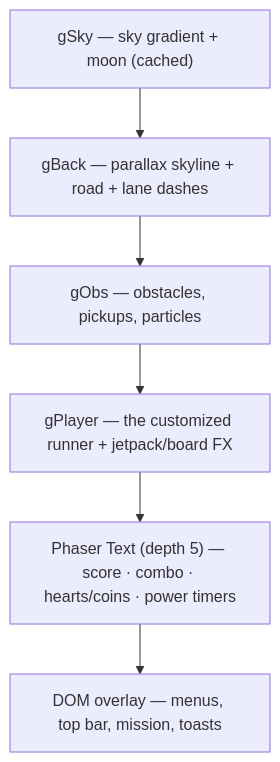
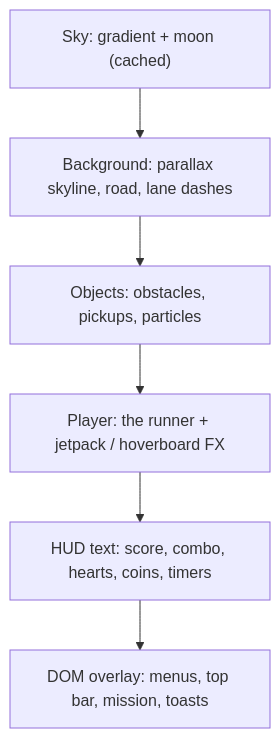
The third of 7 diagrams in ARCHITECTURE.md (Kevin-Edwards57/avenue-run), drawn with Mermaid before and after one commit. The commit also changed other lines of this file and 3 other files, not shown here.

Commit message:
docs: rewrite README and system architecture; stop tracking local tooling

````diff
--- a/ARCHITECTURE.md
+++ b/ARCHITECTURE.md
@@ -118,8 +98,8 @@
 ```mermaid
 flowchart TB
-  S["gSky — sky gradient + moon (cached)"] --> B["gBack — parallax skyline + road + lane dashes"]
-  B --> O["gObs — obstacles, pickups, particles"]
-  O --> P["gPlayer — the customized runner + jetpack/board FX"]
-  P --> T["Phaser Text (depth 5) — score · combo · hearts/coins · power timers"]
-  T --> DOM["DOM overlay — menus, top bar, mission, toasts"]
+  S["Sky: gradient + moon (cached)"] --> B["Background: parallax skyline, road, lane dashes"]
+  B --> O["Objects: obstacles, pickups, particles"]
+  O --> P["Player: the runner + jetpack / hoverboard FX"]
+  P --> T["HUD text: score, combo, hearts, coins, timers"]
+  T --> DOM["DOM overlay: menus, top bar, mission, toasts"]
 ```
````
